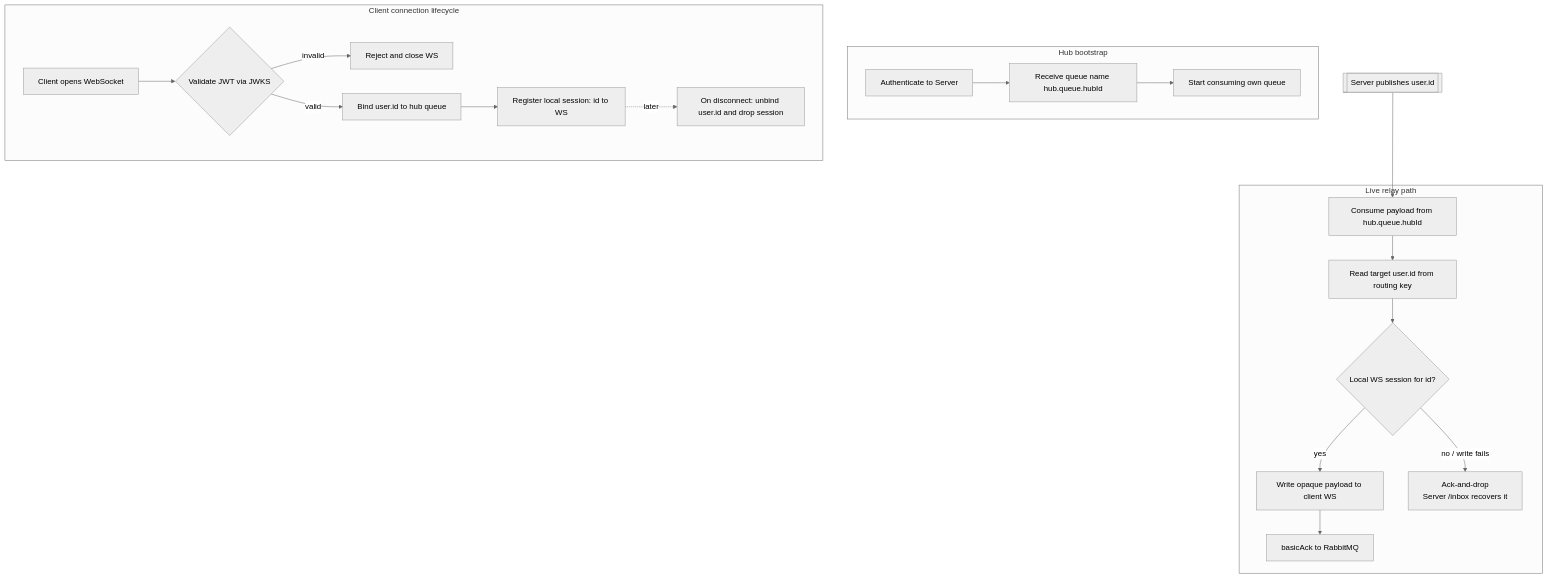
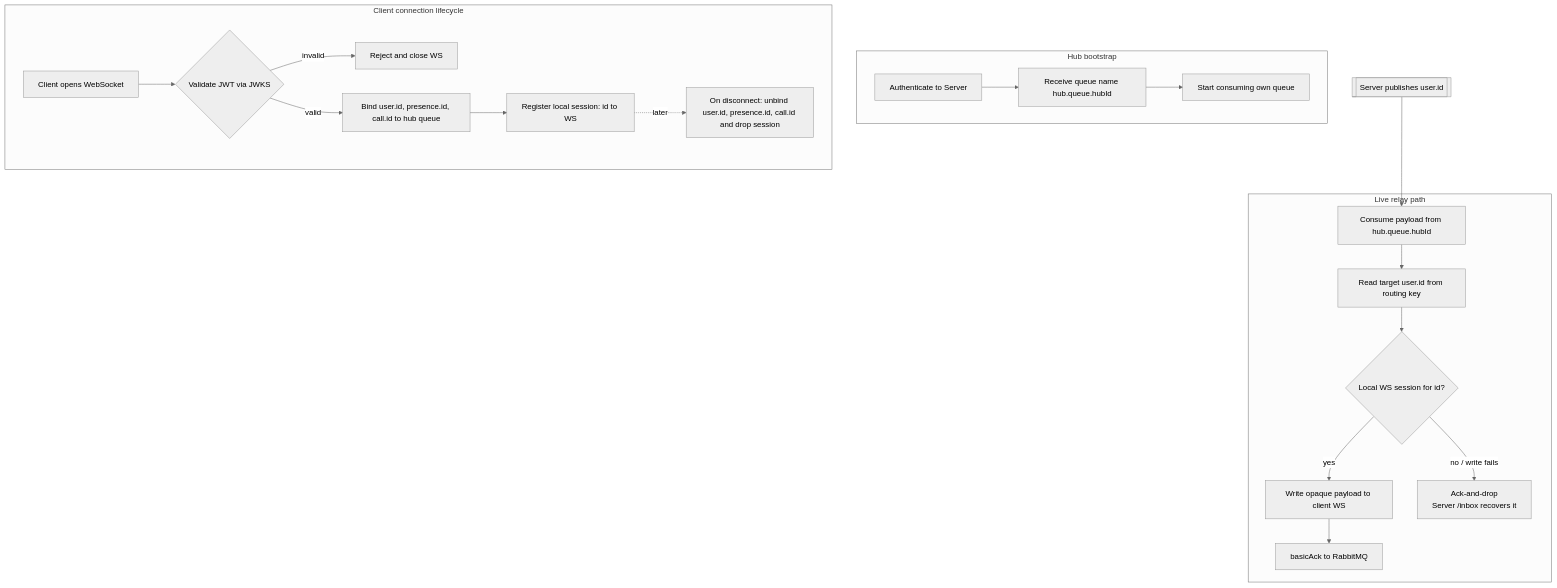
The diagram in doc/algorithms/hub-websocket-handler.md (olshanskyev/fourletters-meta), drawn with Mermaid (neutral theme) before and after one commit. The commit also changed other lines of this file and 8 other files, not shown here.

````diff
--- a/doc/algorithms/hub-websocket-handler.md
+++ b/doc/algorithms/hub-websocket-handler.md
@@ -52,44 +63,44 @@
 ```mermaid
 flowchart TD
     subgraph Boot [Hub bootstrap]
         B1[Authenticate to Server]
         B2[Receive queue name hub.queue.hubId]
         B3[Start consuming own queue]
     end
 
     subgraph ClientConn [Client connection lifecycle]
         L1[Client opens WebSocket]
         L2{Validate JWT via JWKS}
         LX[Reject and close WS]
-        L3[Bind user.id to hub queue]
+        L3[Bind user.id, presence.id, call.id to hub queue]
         L4[Register local session: id to WS]
-        L5[On disconnect: unbind user.id and drop session]
+        L5[On disconnect: unbind user.id, presence.id, call.id and drop session]
     end
 
     subgraph Relay [Live relay path]
         R1[Consume payload from hub.queue.hubId]
         R2[Read target user.id from routing key]
         R3{Local WS session for id?}
         R4[Write opaque payload to client WS]
         R5[basicAck to RabbitMQ]
         R6[Ack-and-drop<br/>Server /inbox recovers it]
     end
 
     ServerPub[[Server publishes user.id]]
 
     %% Bootstrap
     B1 --> B2 --> B3
 
     %% Connection lifecycle
     L1 --> L2
     L2 -- invalid --> LX
     L2 -- valid --> L3 --> L4
     L4 -.->|later| L5
 
     %% Relay
     ServerPub --> R1
     R1 --> R2 --> R3
     R3 -- yes --> R4 --> R5
     R3 -- no / write fails --> R6
 
 ```
````
